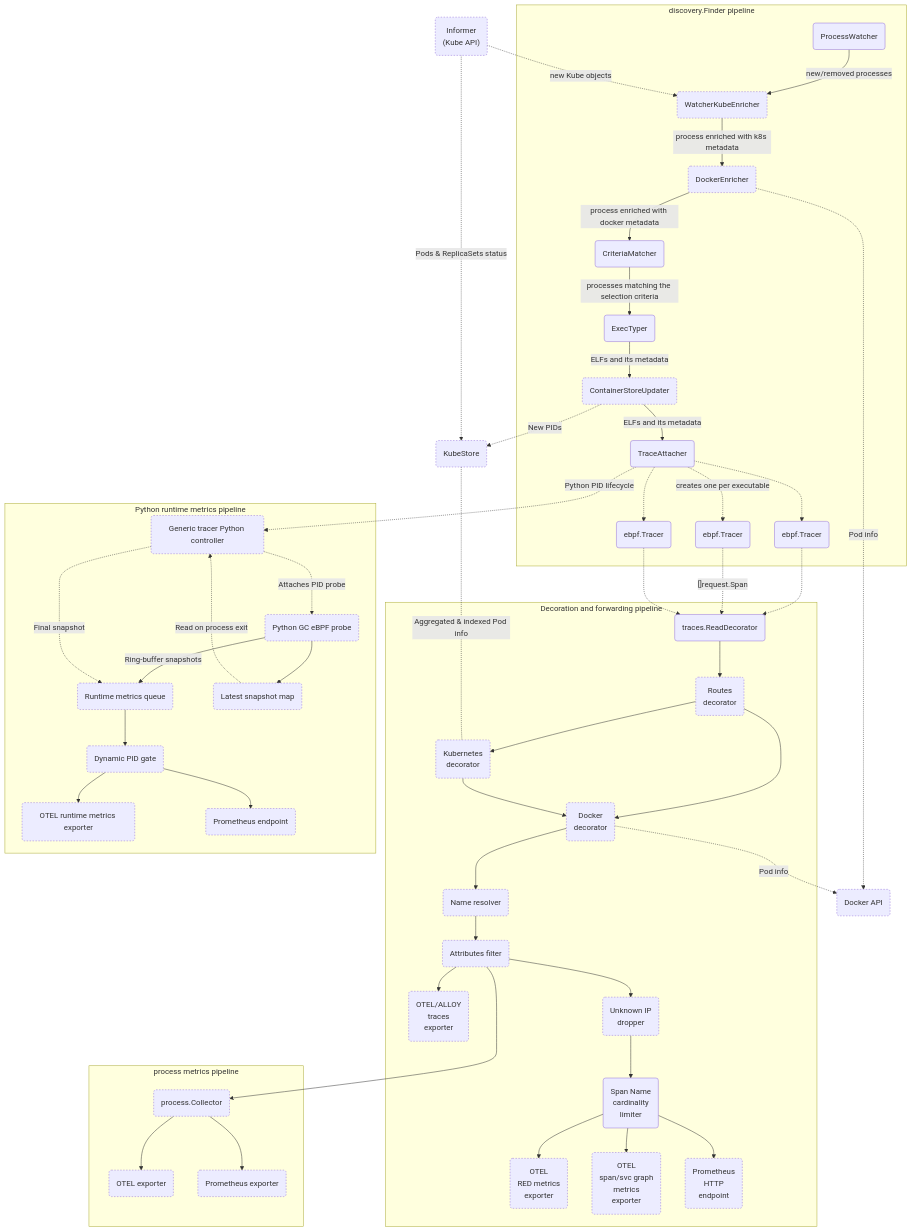
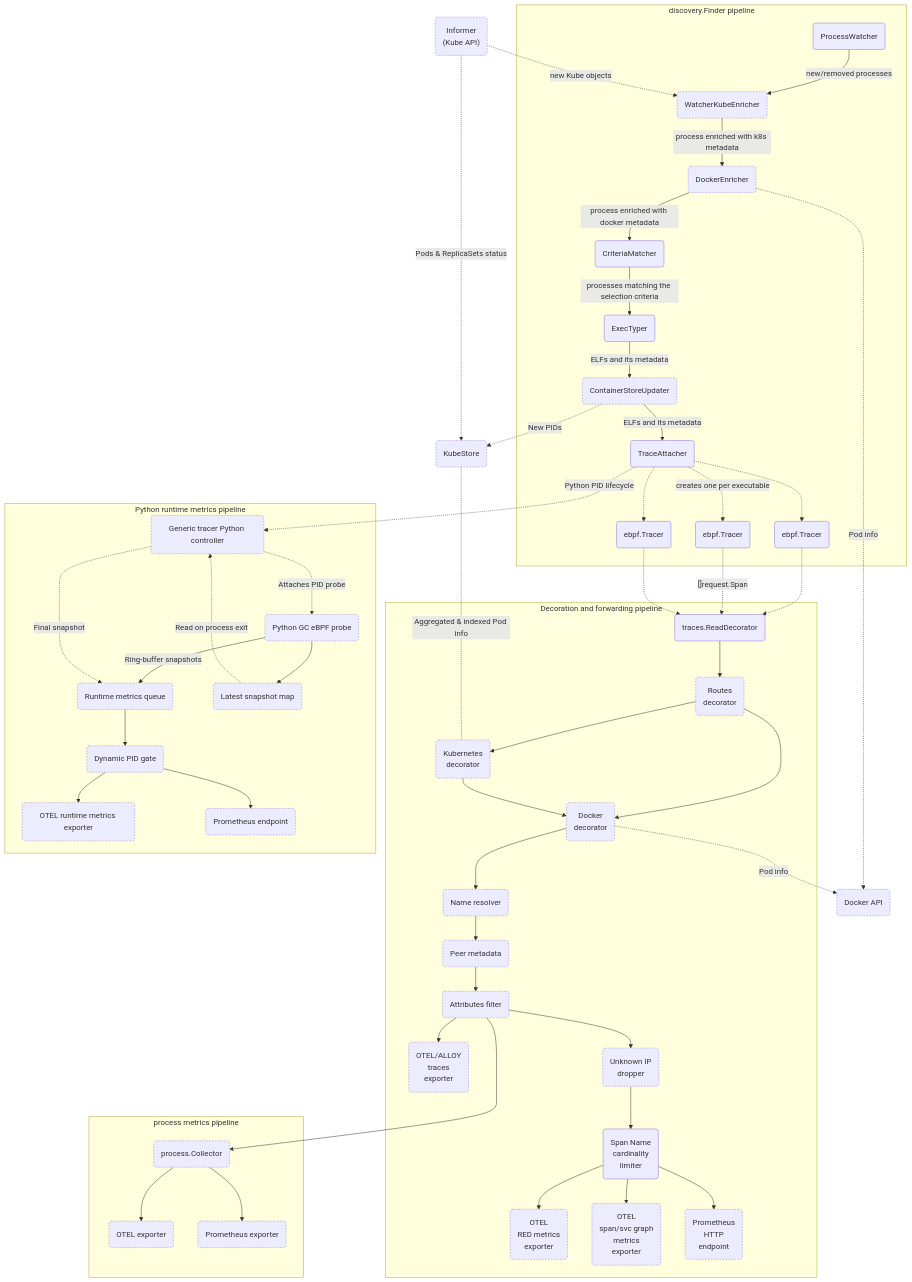
The first of 3 diagrams in devdocs/pipeline-map.md (open-telemetry/opentelemetry-ebpf-instrumentation), drawn with Mermaid before and after one commit. The commit also changed 10 other files, not shown here.

````diff
--- a/devdocs/pipeline-map.md
+++ b/devdocs/pipeline-map.md
@@ -19,61 +19,62 @@
 ```mermaid
 flowchart TD
     classDef optional stroke-dasharray: 3 3;
     subgraph discovery.Finder pipeline
         PW(ProcessWatcher) --> |new/removed processes| KWE
         KWE(WatcherKubeEnricher):::optional --> |process enriched with k8s metadata| DE
         DE(DockerEnricher):::optional --> |process enriched with docker metadata| CM
         CM(CriteriaMatcher) --> |processes matching the selection criteria| ET(ExecTyper)
         ET --> |ELFs and its metadata| CU
         CU(ContainerStoreUpdater):::optional --> |ELFs and its metadata| TA
         TA(TraceAttacher) -.-> EBPF1(ebpf.Tracer)
         TA -.-> |creates one per executable| EBPF2(ebpf.Tracer)
         TA -.-> EBPF3(ebpf.Tracer)
     end
     subgraph Decoration and forwarding pipeline
         EBPF1 -.-> TR
         EBPF2 -.-> |"[]request.Span"| TR
         EBPF3 -.-> TR
         TR(traces.ReadDecorator) --> ROUT(Routes<br/>decorator)
         ROUT:::optional --> DOCKDEC(Docker<br/>decorator)
         ROUT:::optional --> KD(Kubernetes<br/>decorator)
         KD:::optional --> DOCKDEC
         DOCKDEC:::optional --> NR
-        NR(Name resolver):::optional --> AF
+        NR(Name resolver):::optional --> PM
+        PM(Peer metadata):::optional --> AF
         
         AF(Attributes filter):::optional --> OTELT(OTEL/ALLOY<br/> traces<br/> exporter):::optional
 
         
         AF --> IPD(Unknown IP<br/>dropper):::optional
         IPD --> SNCL(Span Name<br/>cardinality<br/>limiter)
         SNCL --> OTELRM(OTEL<br/>RED metrics<br/> exporter):::optional
         SNCL --> OTELSM(OTEL<br/>span/svc graph<br/>metrics<br/> exporter):::optional
         SNCL --> PROM(Prometheus<br/>HTTP<br/>endpoint):::optional
     end
     CU -.-> |New PIDs| KSTORE
     DE -.-> |Pod info| DOCKAPI(Docker API):::optional
     DOCKDEC -.-> |Pod info| DOCKAPI(Docker API):::optional
     KSTORE(KubeStore):::optional <-.- | Aggregated & indexed Pod info | KD
     IF("Informer<br/>(Kube API)"):::optional -.-> |Pods & ReplicaSets status| KSTORE
     IF -.-> |new Kube objects| KWE
     AF ---> PC
     subgraph process metrics pipeline
         PC("process.Collector"):::optional --> POTEL
         PC --> PPROM
         POTEL("OTEL exporter"):::optional
         PPROM("Prometheus exporter"):::optional
     end
     TA -.-> |Python PID lifecycle| PYTHON
     subgraph Python runtime metrics pipeline
         PYTHON("Generic tracer Python controller"):::optional -.-> |Attaches PID probe| PYBPF("Python GC eBPF probe"):::optional
         PYBPF --> |Ring-buffer snapshots| PYQUEUE("Runtime metrics queue"):::optional
         PYBPF --> PYMAP("Latest snapshot map"):::optional
         PYMAP -.-> |Read on process exit| PYTHON
         PYTHON -.-> |Final snapshot| PYQUEUE
         PYQUEUE --> RMGATE
         RMGATE("Dynamic PID gate"):::optional --> PYOTEL
         RMGATE --> PYPROM
         PYOTEL("OTEL runtime metrics exporter"):::optional
         PYPROM("Prometheus endpoint"):::optional
     end
 ```
````
